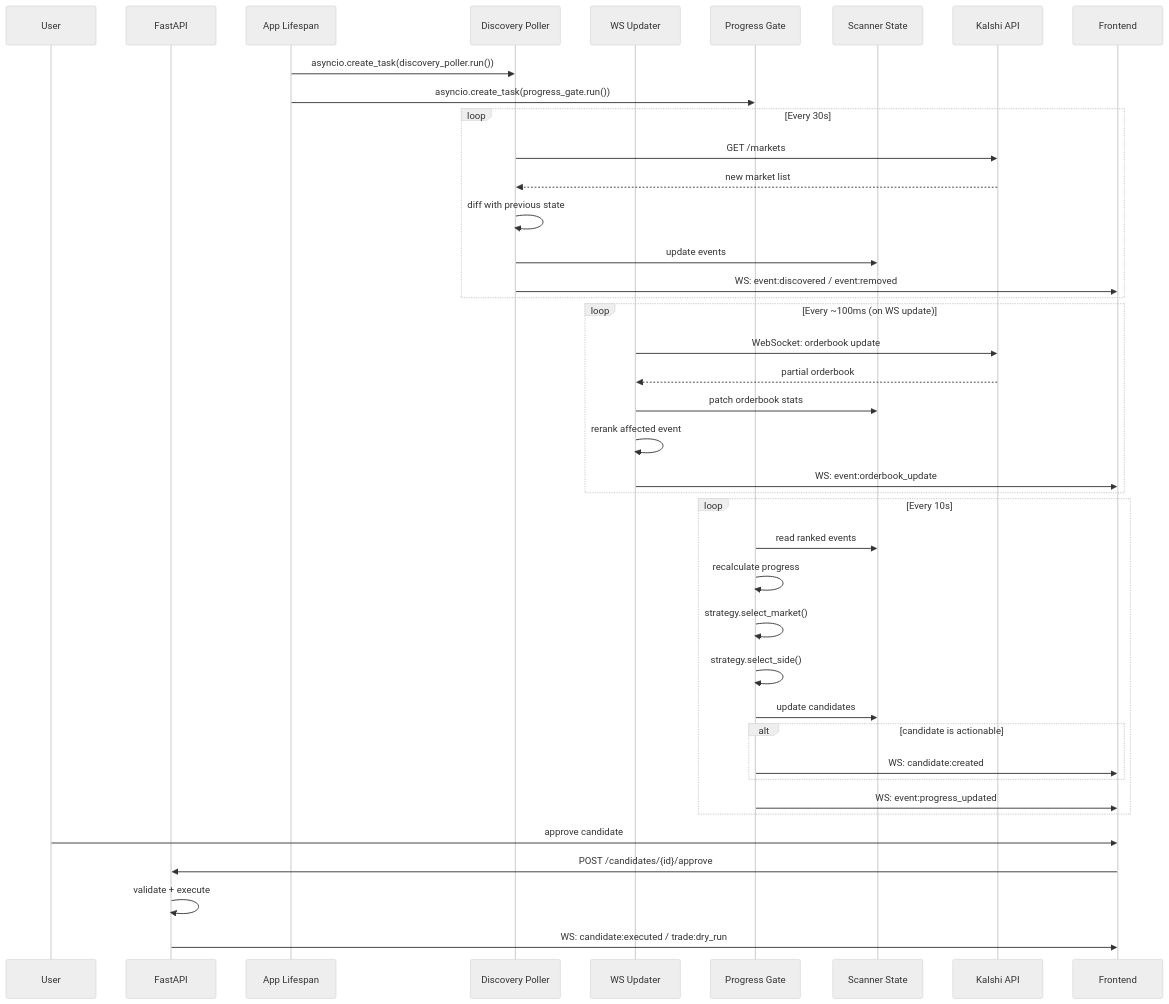
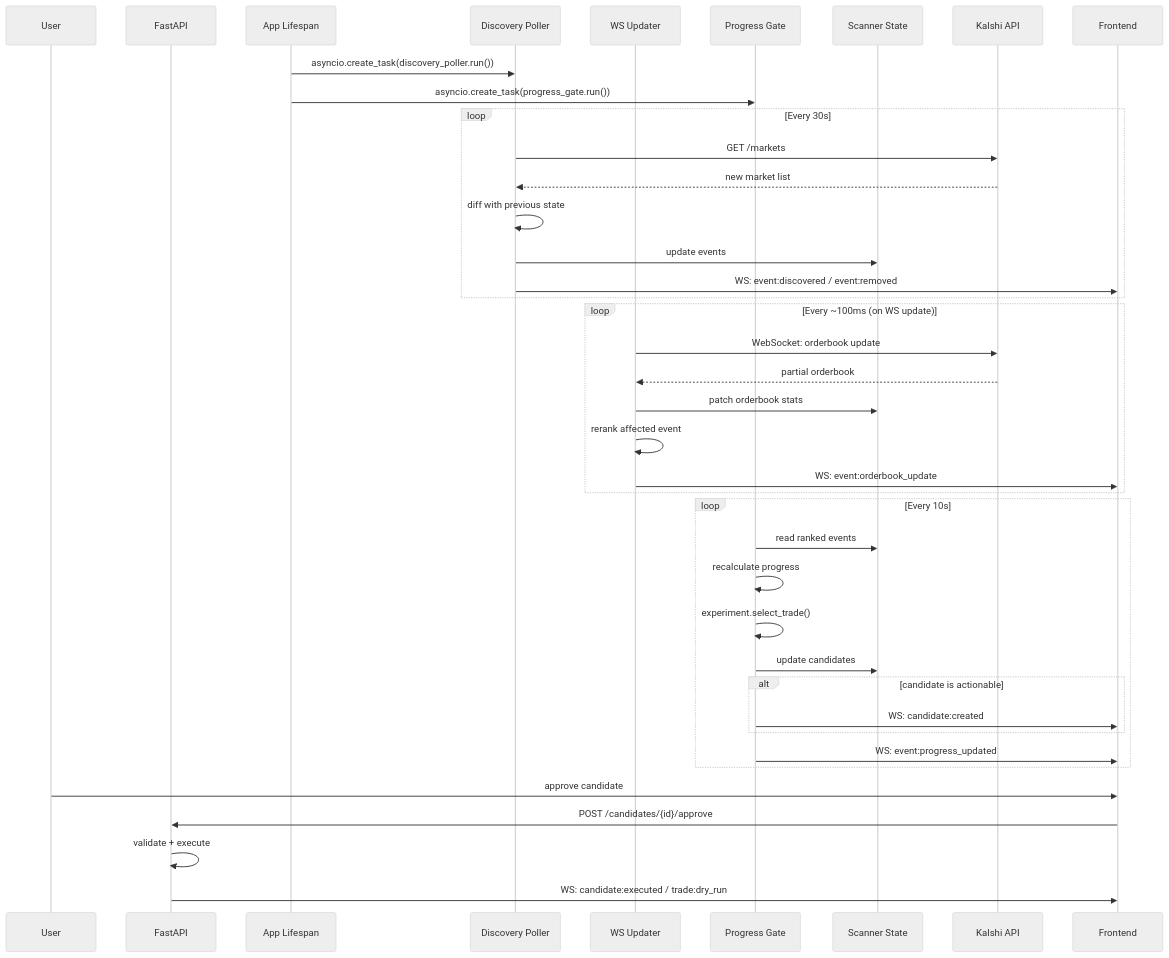
Before and after one commit to Danish11512/nunu: the seventh of 18 diagrams in docs/architecture.md, drawn with Mermaid (neutral theme). The commit also changed other lines of this file and 4 other files, not shown here.

````diff
--- a/docs/architecture.md
+++ b/docs/architecture.md
@@ -328,48 +365,47 @@
 ```mermaid
 sequenceDiagram
     participant User
     participant API as FastAPI
     participant Main as App Lifespan
     participant DP as Discovery Poller
     participant WS as WS Updater
     participant PG as Progress Gate
     participant State as Scanner State
     participant K as Kalshi API
     participant FE as Frontend
 
     Main->>DP: asyncio.create_task(discovery_poller.run())
     Main->>PG: asyncio.create_task(progress_gate.run())
     
     loop Every 30s
         DP->>K: GET /markets
         K-->>DP: new market list
         DP->>DP: diff with previous state
         DP->>State: update events
         DP->>FE: WS: event:discovered / event:removed
     end
     
     loop Every ~100ms (on WS update)
         WS->>K: WebSocket: orderbook update
         K-->>WS: partial orderbook
         WS->>State: patch orderbook stats
         WS->>WS: rerank affected event
         WS->>FE: WS: event:orderbook_update
     end
     
     loop Every 10s
         PG->>State: read ranked events
         PG->>PG: recalculate progress
-        PG->>PG: strategy.select_market()
-        PG->>PG: strategy.select_side()
+        PG->>PG: experiment.select_trade()
         PG->>State: update candidates
         alt candidate is actionable
             PG->>FE: WS: candidate:created
         end
         PG->>FE: WS: event:progress_updated
     end
     
     User->>FE: approve candidate
     FE->>API: POST /candidates/{id}/approve
     API->>API: validate + execute
     API->>FE: WS: candidate:executed / trade:dry_run
 ```
````
